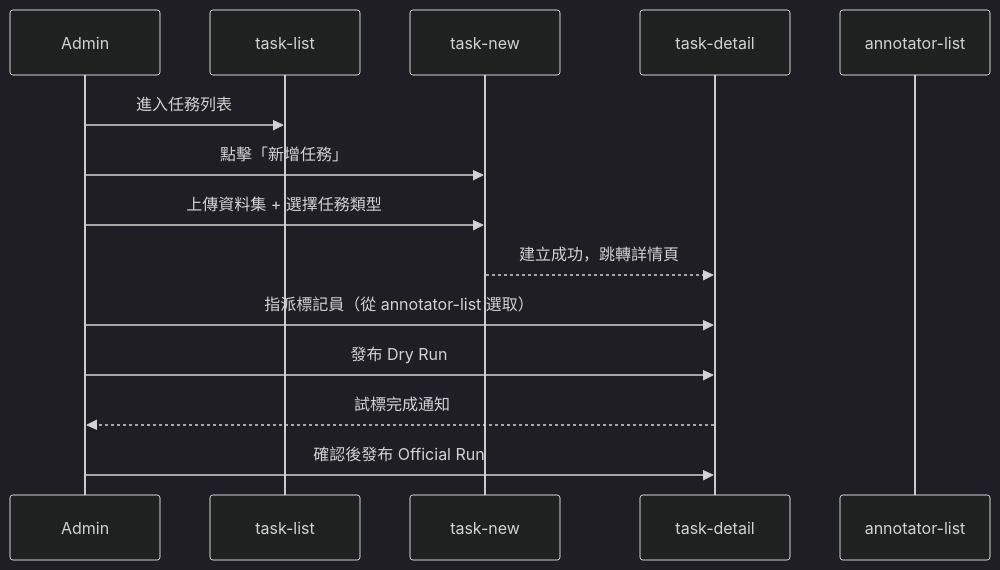
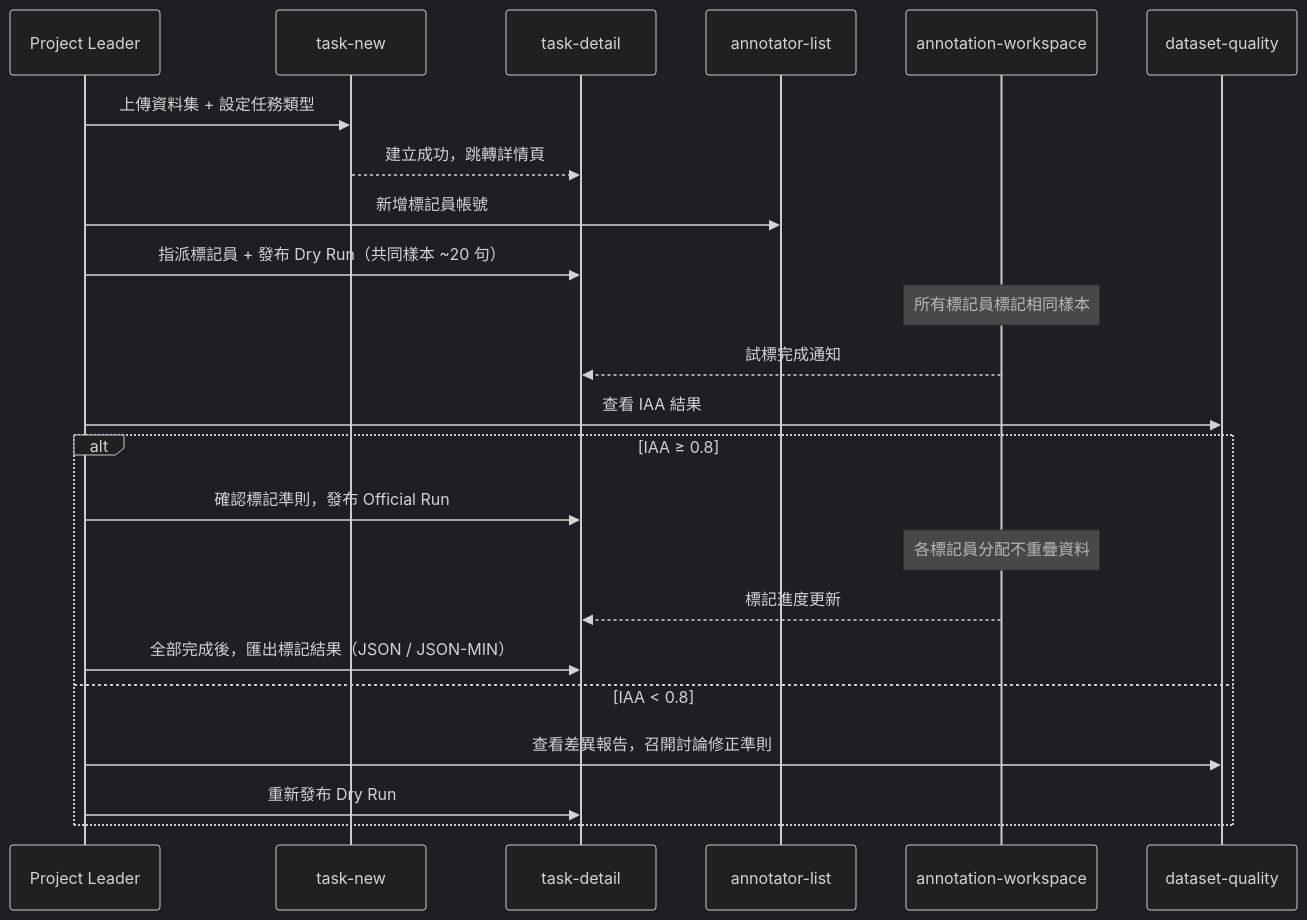
Before and after one commit to singyichen/label-suite: the second of 5 diagrams in docs/ia/information-architecture.md, drawn with Mermaid (dark theme). The commit also changed other lines of this file and 1 other file, not shown here.

````diff
--- a/docs/ia/information-architecture.md
+++ b/docs/ia/information-architecture.md
@@ -229,17 +292,26 @@
 ```mermaid
 sequenceDiagram
-  participant A as Admin
-  participant TL as task-list
+  participant PL as Project Leader
   participant TN as task-new
   participant TD as task-detail
   participant AL as annotator-list
+  participant AW as annotation-workspace
+  participant DQ as dataset-quality
 
-  A->>TL: 進入任務列表
-  A->>TN: 點擊「新增任務」
-  A->>TN: 上傳資料集 + 選擇任務類型
+  PL->>TN: 上傳資料集 + 設定任務類型
   TN-->>TD: 建立成功，跳轉詳情頁
-  A->>TD: 指派標記員（從 annotator-list 選取）
-  A->>TD: 發布 Dry Run
-  TD-->>A: 試標完成通知
-  A->>TD: 確認後發布 Official Run
+  PL->>AL: 新增標記員帳號
+  PL->>TD: 指派標記員 + 發布 Dry Run（共同樣本 ~20 句）
+  Note over AW: 所有標記員標記相同樣本
+  AW-->>TD: 試標完成通知
+  PL->>DQ: 查看 IAA 結果
+  alt IAA ≥ 0.8
+    PL->>TD: 確認標記準則，發布 Official Run
+    Note over AW: 各標記員分配不重疊資料
+    AW-->>TD: 標記進度更新
+    PL->>TD: 全部完成後，匯出標記結果（JSON / JSON-MIN）
+  else IAA < 0.8
+    PL->>DQ: 查看差異報告，召開討論修正準則
+    PL->>TD: 重新發布 Dry Run
+  end
 ```
````
